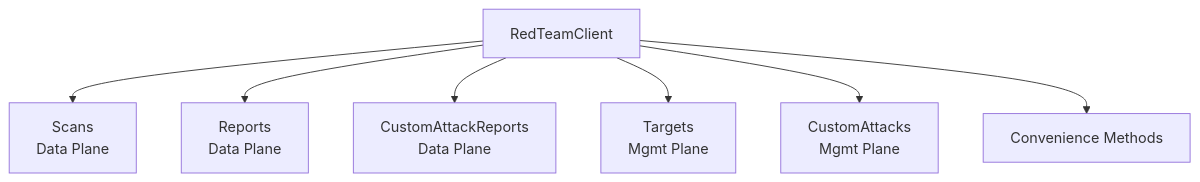
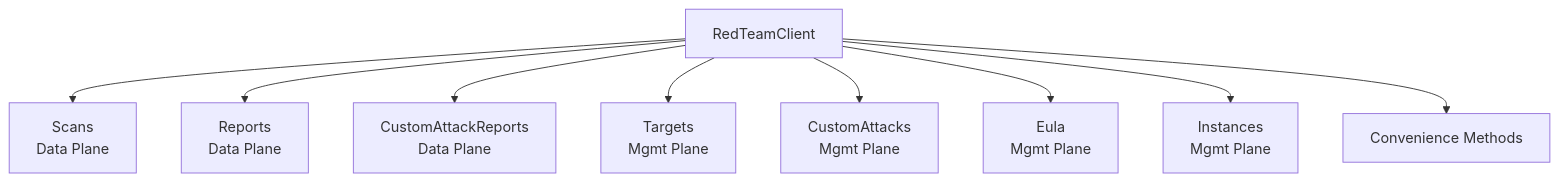
The diagram in docs/services/red-team-api.md (cdot65/prisma-airs-go), drawn with Mermaid before and after one commit. The commit also changed other lines of this file and 5 other files, not shown here.

````diff
--- a/docs/services/red-team-api.md
+++ b/docs/services/red-team-api.md
@@ -22,9 +22,11 @@
 ```mermaid
 graph TD
     A[RedTeamClient] --> B[Scans<br/>Data Plane]
     A --> C[Reports<br/>Data Plane]
     A --> D[CustomAttackReports<br/>Data Plane]
     A --> E[Targets<br/>Mgmt Plane]
     A --> F[CustomAttacks<br/>Mgmt Plane]
-    A --> G[Convenience Methods]
+    A --> G[Eula<br/>Mgmt Plane]
+    A --> H[Instances<br/>Mgmt Plane]
+    A --> I[Convenience Methods]
 ```
````
